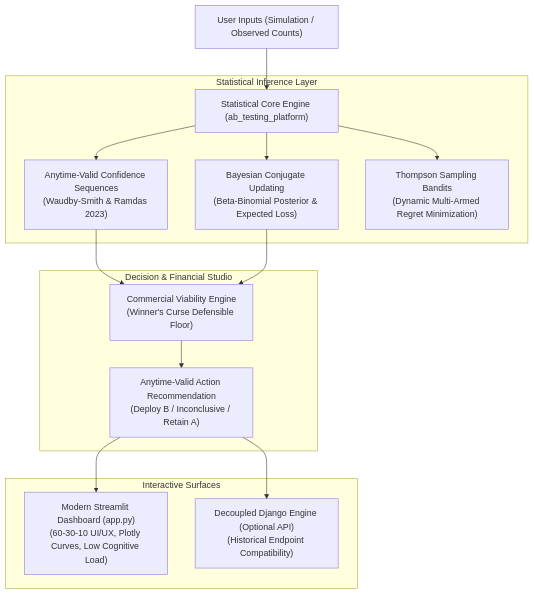
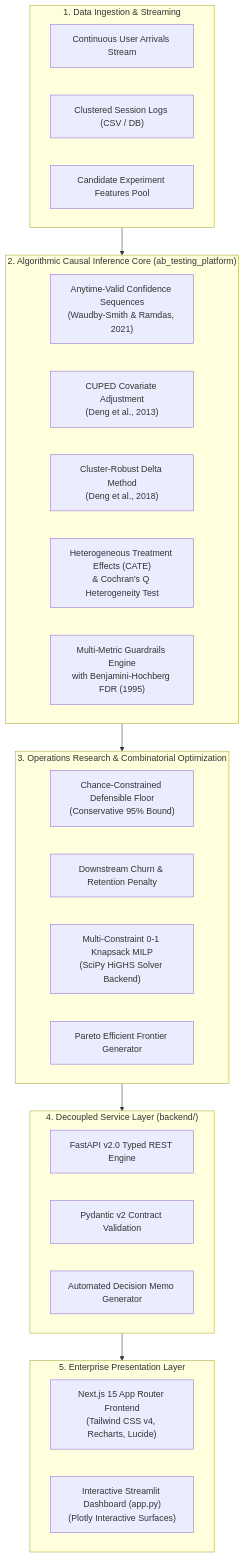
One commit to saranlab/OptiSim changed the diagram in README.md. Above: the diagram before and after it, drawn with Mermaid. The commit also changed other lines of this file and 52 other files, not shown here.

Commit message:
feat(masterpiece): enterprise causal HTE, FDR guardrails, robust MILP knapsack, FastAPI backend, Next.js 15 UI

````diff
--- a/README.md
+++ b/README.md
@@ -14,20 +30,39 @@
 ```mermaid
 flowchart TD
-    A["User Inputs (Simulation / Observed Counts)"] --> B["Statistical Core Engine (ab_testing_platform)"]
-    
-    subgraph "Statistical Inference Layer"
-        B --> C["Anytime-Valid Confidence Sequences\n(Waudby-Smith & Ramdas 2023)"]
-        B --> D["Bayesian Conjugate Updating\n(Beta-Binomial Posterior & Expected Loss)"]
-        B --> E["Thompson Sampling Bandits\n(Dynamic Multi-Armed Regret Minimization)"]
+    subgraph Ingestion ["1. Data Ingestion & Streaming"]
+        A1["Continuous User Arrivals Stream"]
+        A2["Clustered Session Logs (CSV / DB)"]
+        A3["Candidate Experiment Features Pool"]
     end
-    
-    subgraph "Decision & Financial Studio"
-        C & D --> F["Commercial Viability Engine\n(Winner's Curse Defensible Floor)"]
-        F --> G["Anytime-Valid Action Recommendation\n(Deploy B / Inconclusive / Retain A)"]
+
+    subgraph CausalCore ["2. Algorithmic Causal Inference Core (ab_testing_platform)"]
+        B1["Anytime-Valid Confidence Sequences\n(Waudby-Smith & Ramdas, 2021)"]
+        B2["CUPED Covariate Adjustment\n(Deng et al., 2013)"]
+        B3["Cluster-Robust Delta Method\n(Deng et al., 2018)"]
+        B4["Heterogeneous Treatment Effects (CATE)\n& Cochran's Q Heterogeneity Test"]
+        B5["Multi-Metric Guardrails Engine\nwith Benjamini-Hochberg FDR (1995)"]
     end
-    
-    subgraph "Interactive Surfaces"
-        G --> H["Modern Streamlit Dashboard (app.py)\n(60-30-10 UI/UX, Plotly Curves, Low Cognitive Load)"]
-        G --> I["Decoupled Django Engine (Optional API)\n(Historical Endpoint Compatibility)"]
+
+    subgraph OperationsResearch ["3. Operations Research & Combinatorial Optimization"]
+        C1["Chance-Constrained Defensible Floor\n(Conservative 95% Bound)"]
+        C2["Downstream Churn & Retention Penalty"]
+        C3["Multi-Constraint 0-1 Knapsack MILP\n(SciPy HiGHS Solver Backend)"]
+        C4["Pareto Efficient Frontier Generator"]
     end
+
+    subgraph Services ["4. Decoupled Service Layer (backend/)"]
+        D1["FastAPI v2.0 Typed REST Engine"]
+        D2["Pydantic v2 Contract Validation"]
+        D3["Automated Decision Memo Generator"]
+    end
+
+    subgraph Interfaces ["5. Enterprise Presentation Layer"]
+        E1["Next.js 15 App Router Frontend\n(Tailwind CSS v4, Recharts, Lucide)"]
+        E2["Interactive Streamlit Dashboard (app.py)\n(Plotly Interactive Surfaces)"]
+    end
+
+    Ingestion --> CausalCore
+    CausalCore --> OperationsResearch
+    OperationsResearch --> Services
+    Services --> Interfaces
 ```
````
